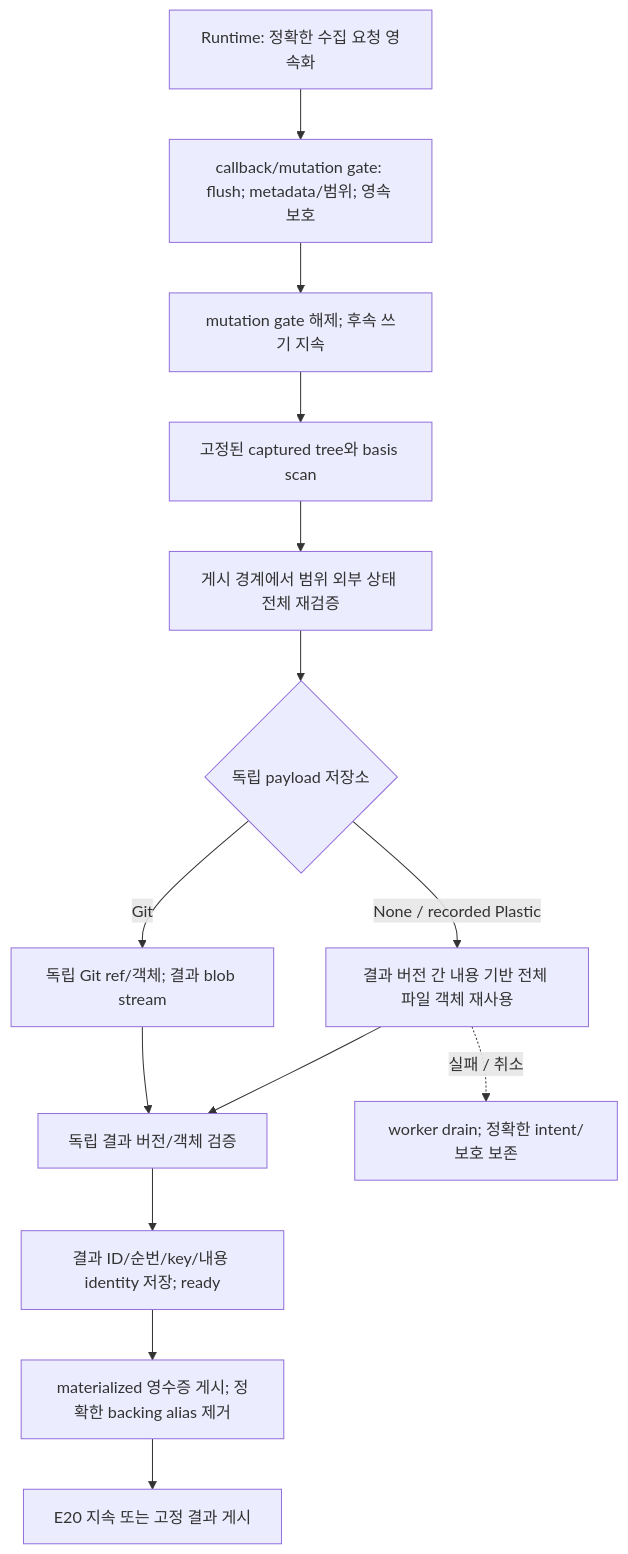
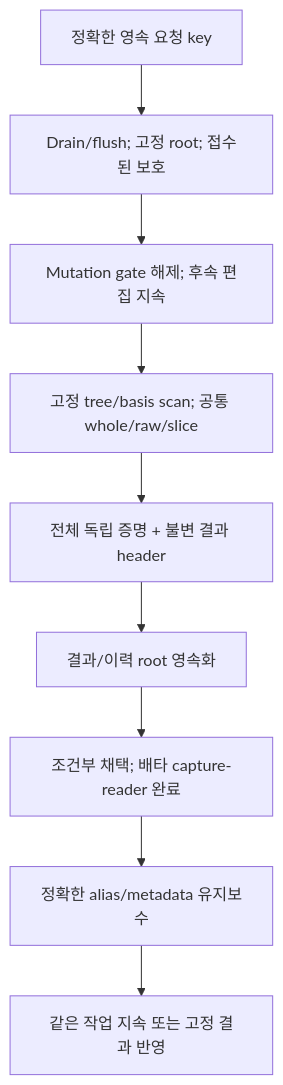
The fifth of 6 diagrams in docs/ko/lifecycle-optimization-map.md (olivecrow/splinter), drawn with Mermaid before and after one commit. The commit also changed other lines of this file and 391 other files, not shown here.

````diff
--- a/docs/ko/lifecycle-optimization-map.md
+++ b/docs/ko/lifecycle-optimization-map.md
@@ -260,16 +158,11 @@
 ```mermaid
 flowchart TD
-  Intent["Runtime: 정확한 수집 요청 영속화"] --> Freeze["callback/mutation gate: flush; metadata/범위; 영속 보호"]
-  Freeze --> Continue["mutation gate 해제; 후속 쓰기 지속"]
-  Continue --> Scan["고정된 captured tree와 basis scan"]
-  Scan --> Boundary["게시 경계에서 범위 외부 상태 전체 재검증"]
-  Boundary --> Route{"독립 payload 저장소"}
-  Route -->|Git| Git["독립 Git ref/객체; 결과 blob stream"]
-  Route -->|None / recorded Plastic| Files["결과 버전 간 내용 기반 전체 파일 객체 재사용"]
-  Git --> Proof["독립 결과 버전/객체 검증"]
-  Files --> Proof
-  Proof --> Commit["결과 ID/순번/key/내용 identity 저장; ready"]
-  Commit --> Unpin["materialized 영수증 게시; 정확한 backing alias 제거"]
-  Files -.->|실패 / 취소| Drain["worker drain; 정확한 intent/보호 보존"]
-  Unpin --> Next["E20 지속 또는 고정 결과 게시"]
+  Intent["정확한 영속 요청 key"] --> Freeze["Drain/flush; 고정 root; 접수된 보호"]
+  Freeze --> Continue["Mutation gate 해제; 후속 편집 지속"]
+  Continue --> Preserve["고정 tree/basis scan; 공통 whole/raw/slice"]
+  Preserve --> Proof["전체 독립 증명 + 불변 결과 header"]
+  Proof --> Publish["결과/이력 root 영속화"]
+  Publish --> Adopt["조건부 채택; 배타 capture-reader 완료"]
+  Adopt --> Cleanup["정확한 alias/metadata 유지보수"]
+  Cleanup --> Next["같은 작업 지속 또는 고정 결과 반영"]
 ```
````
